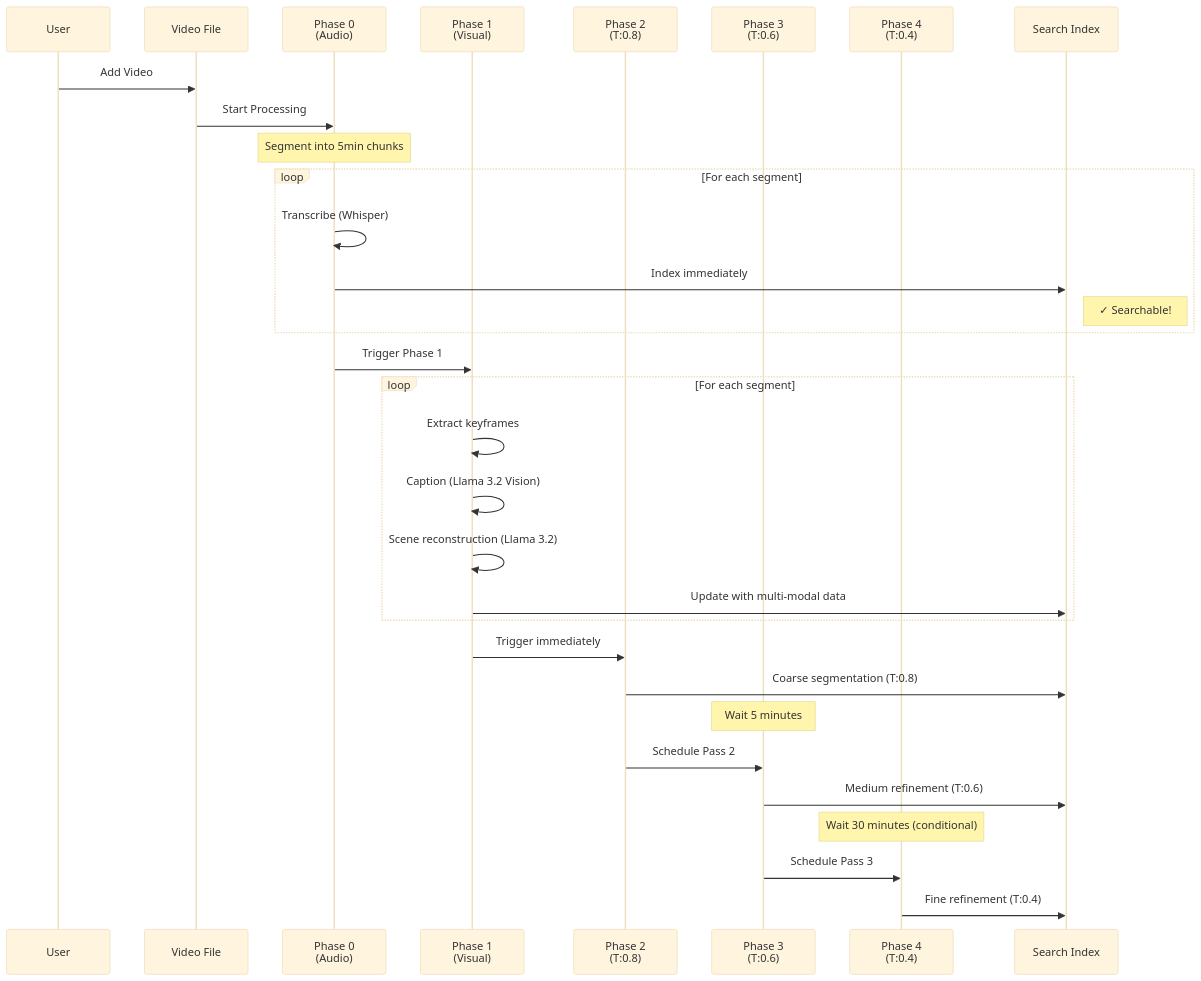
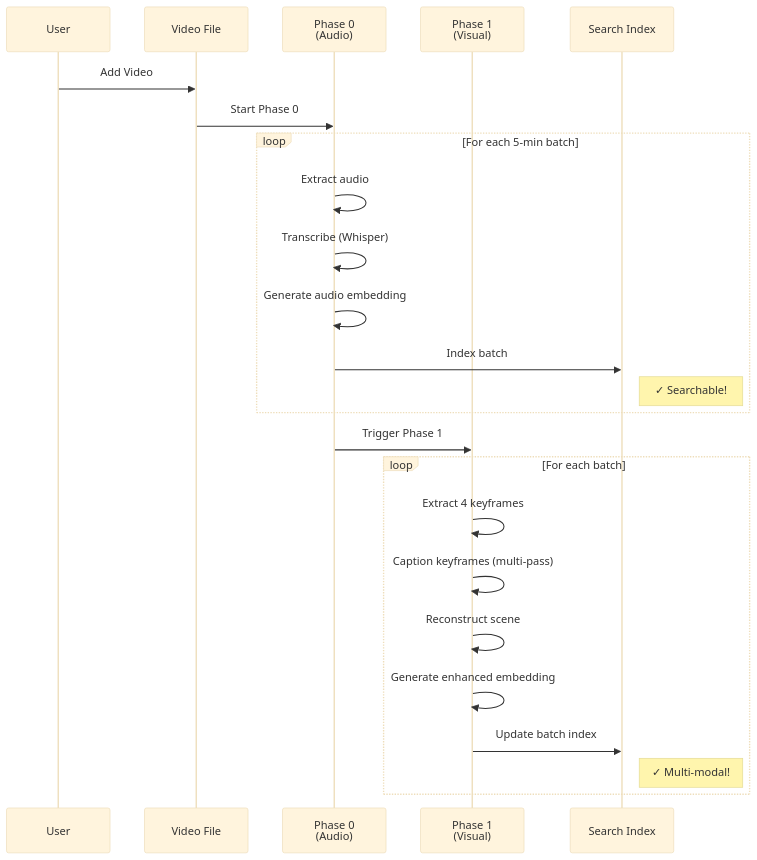
The diagram in _posts/2025-10-12-media-search.markdown (ikouchiha47/ikouchiha47.github.io), drawn with Mermaid (base theme) before and after one commit. The commit also changed other lines of this file, not shown here.

````diff
--- a/_posts/2025-10-12-media-search.markdown
+++ b/_posts/2025-10-12-media-search.markdown
@@ -107,40 +114,29 @@
 ```mermaid
 sequenceDiagram
     participant User
     participant Video as Video File
     participant P0 as Phase 0<br/>(Audio)
     participant P1 as Phase 1<br/>(Visual)
-    participant P2 as Phase 2<br/>(T:0.8)
-    participant P3 as Phase 3<br/>(T:0.6)
-    participant P4 as Phase 4<br/>(T:0.4)
     participant Search as Search Index
     
     User->>Video: Add Video
-    Video->>P0: Start Processing
+    Video->>P0: Start Phase 0
     
-    Note over P0: Segment into 5min chunks
-    loop For each segment
+    loop For each 5-min batch
+        P0->>P0: Extract audio
         P0->>P0: Transcribe (Whisper)
-        P0->>Search: Index immediately
+        P0->>P0: Generate audio embedding
+        P0->>Search: Index batch
         Note right of Search: ✓ Searchable!
     end
     
     P0->>P1: Trigger Phase 1
-    loop For each segment
-        P1->>P1: Extract keyframes
-        P1->>P1: Caption (Llama 3.2 Vision)
-        P1->>P1: Scene reconstruction (Llama 3.2)
-        P1->>Search: Update with multi-modal data
+    loop For each batch
+        P1->>P1: Extract 4 keyframes
+        P1->>P1: Caption keyframes (multi-pass)
+        P1->>P1: Reconstruct scene
+        P1->>P1: Generate enhanced embedding
+        P1->>Search: Update batch index
+        Note right of Search: ✓ Multi-modal!
     end
-    
-    P1->>P2: Trigger immediately
-    P2->>Search: Coarse segmentation (T:0.8)
-    
-    Note over P3: Wait 5 minutes
-    P2->>P3: Schedule Pass 2
-    P3->>Search: Medium refinement (T:0.6)
-    
-    Note over P4: Wait 30 minutes (conditional)
-    P3->>P4: Schedule Pass 3
-    P4->>Search: Fine refinement (T:0.4)
 ```
````
